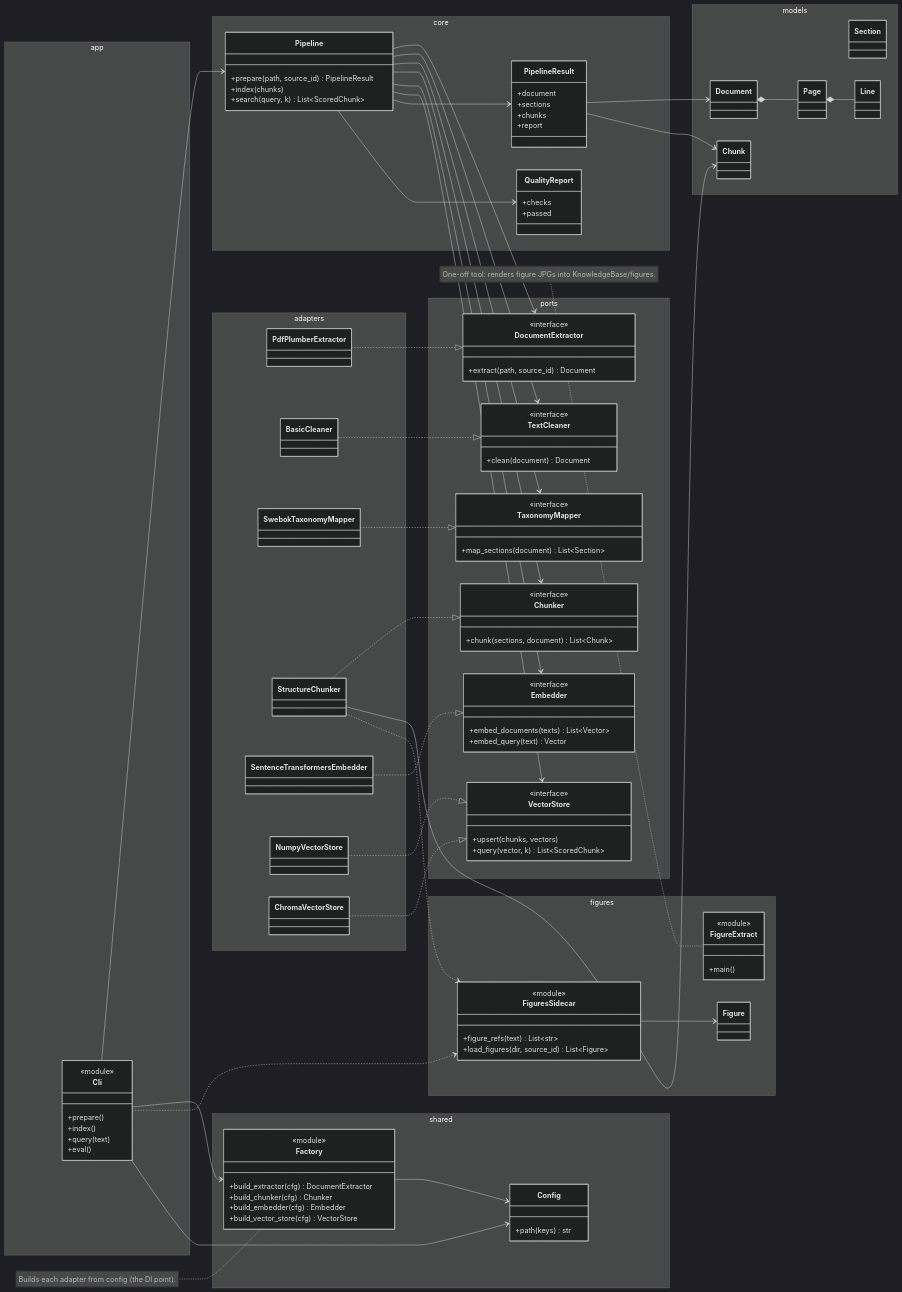
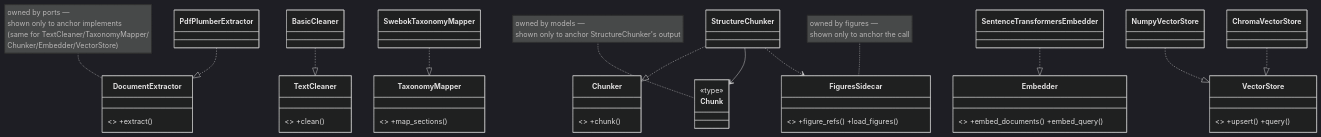
Before and after one commit to SzatanKluska/MCPSWEBOK: the fifth of 18 diagrams in docs/architecture/system-class-diagram.md, drawn with Mermaid (dark theme). The commit also changed other lines of this file and 4 other files, not shown here.

Commit message:
change system class diagram skill

````diff
--- a/docs/architecture/system-class-diagram.md
+++ b/docs/architecture/system-class-diagram.md
@@ -34,107 +166,21 @@
 ```mermaid
 classDiagram
-  direction LR
+  class PdfPlumberExtractor
+  class BasicCleaner
+  class SwebokTaxonomyMapper
+  class StructureChunker
+  class SentenceTransformersEmbedder
+  class NumpyVectorStore
+  class ChromaVectorStore
 
-  namespace ports {
-    class DocumentExtractor {
-      <<interface>>
-      +extract(path, source_id) Document
-    }
-    class TextCleaner {
-      <<interface>>
-      +clean(document) Document
-    }
-    class TaxonomyMapper {
-      <<interface>>
-      +map_sections(document) List~Section~
-    }
-    class Chunker {
-      <<interface>>
-      +chunk(sections, document) List~Chunk~
-    }
-    class Embedder {
-      <<interface>>
-      +embed_documents(texts) List~Vector~
-      +embed_query(text) Vector
-    }
-    class VectorStore {
-      <<interface>>
-      +upsert(chunks, vectors)
-      +query(vector, k) List~ScoredChunk~
-    }
-  }
-
-  namespace core {
-    class Pipeline {
-      +prepare(path, source_id) PipelineResult
-      +index(chunks)
-      +search(query, k) List~ScoredChunk~
-    }
-    class PipelineResult {
-      +document
-      +sections
-      +chunks
-      +report
-    }
-    class QualityReport {
-      +checks
-      +passed
-    }
-  }
-
-  namespace adapters {
-    class PdfPlumberExtractor
-    class BasicCleaner
-    class SwebokTaxonomyMapper
-    class StructureChunker
-    class SentenceTransformersEmbedder
-    class NumpyVectorStore
-    class ChromaVectorStore
-  }
-
-  namespace models {
-    class Document
-    class Section
-    class Chunk
-    class Page
-    class Line
-  }
-
-  namespace figures {
-    class Figure
-    class FiguresSidecar {
-      <<module>>
-      +figure_refs(text) List~str~
-      +load_figures(dir, source_id) List~Figure~
-    }
-    class FigureExtract {
-      <<module>>
-      +main()
-    }
-  }
-
-  namespace shared {
-    class Config {
-      +path(keys) str
-    }
-    class Factory {
-      <<module>>
-      +build_extractor(cfg) DocumentExtractor
-      +build_chunker(cfg) Chunker
-      +build_embedder(cfg) Embedder
-      +build_vector_store(cfg) VectorStore
-    }
-  }
-
-  namespace app {
-    class Cli {
-      <<module>>
-      +prepare()
-      +index()
-      +query(text)
-      +eval()
-    }
-  }
+  class DocumentExtractor { <<interface>> +extract() }
+  class TextCleaner { <<interface>> +clean() }
+  class TaxonomyMapper { <<interface>> +map_sections() }
+  class Chunker { <<interface>> +chunk() }
+  class Embedder { <<interface>> +embed_documents() +embed_query() }
+  class VectorStore { <<interface>> +upsert() +query() }
+  class Chunk { <<type>> }
+  class FiguresSidecar { <<module>> +figure_refs() +load_figures() }
 
   PdfPlumberExtractor ..|> DocumentExtractor
   BasicCleaner ..|> TextCleaner
@@ -143,30 +189,10 @@
   SentenceTransformersEmbedder ..|> Embedder
   NumpyVectorStore ..|> VectorStore
   ChromaVectorStore ..|> VectorStore
-
-  Pipeline --> DocumentExtractor
-  Pipeline --> TextCleaner
-  Pipeline --> TaxonomyMapper
-  Pipeline --> Chunker
-  Pipeline --> Embedder
-  Pipeline --> VectorStore
-  Pipeline --> PipelineResult
-  Pipeline --> QualityReport
-
-  Factory --> Config
   StructureChunker --> Chunk
   StructureChunker ..> FiguresSidecar
-  FiguresSidecar --> Figure
-  Document *-- Page
-  Page *-- Line
-  PipelineResult --> Document
-  PipelineResult --> Chunk
 
-  Cli --> Pipeline
-  Cli --> Factory
-  Cli ..> FiguresSidecar
-  Cli --> Config
-
-  note for Factory "Builds each adapter from config (the DI point)."
-  note for FigureExtract "One-off tool: renders figure JPGs into KnowledgeBase/figures."
+  note for DocumentExtractor "owned by ports —<br/>shown only to anchor implements<br/>(same for TextCleaner/TaxonomyMapper/<br/>Chunker/Embedder/VectorStore)"
+  note for Chunk "owned by models —<br/>shown only to anchor StructureChunker's output"
+  note for FiguresSidecar "owned by figures —<br/>shown only to anchor the call"
 ```
````
